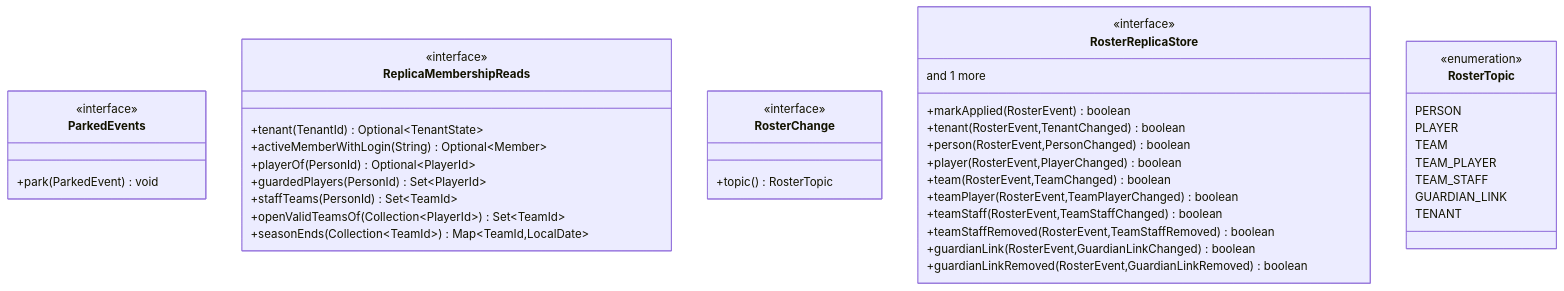
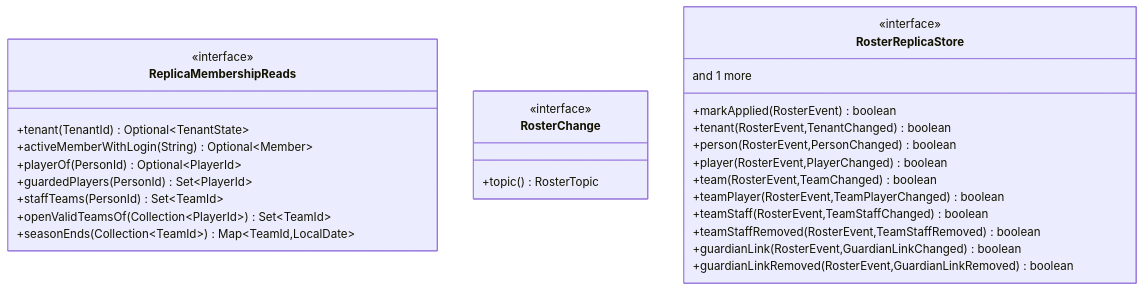
Diagram 13 of 13 in docs/domain/athlete-model.md (davidbejar/hoops-academy), drawn with Mermaid before and after one commit. The commit also changed 7 other files, not shown here.

````diff
--- a/docs/domain/athlete-model.md
+++ b/docs/domain/athlete-model.md
@@ -961,45 +961,31 @@
 ```mermaid
 classDiagram
-    class ParkedEvents {
-        <<interface>>
-        +park(ParkedEvent) void
-    }
     class ReplicaMembershipReads {
         <<interface>>
         +tenant(TenantId) Optional~TenantState~
         +activeMemberWithLogin(String) Optional~Member~
         +playerOf(PersonId) Optional~PlayerId~
         +guardedPlayers(PersonId) Set~PlayerId~
         +staffTeams(PersonId) Set~TeamId~
         +openValidTeamsOf(Collection~PlayerId~) Set~TeamId~
         +seasonEnds(Collection~TeamId~) Map~TeamId,LocalDate~
     }
     class RosterChange {
         <<interface>>
         +topic() RosterTopic
     }
     class RosterReplicaStore {
         <<interface>>
         +markApplied(RosterEvent) boolean
         +tenant(RosterEvent,TenantChanged) boolean
         +person(RosterEvent,PersonChanged) boolean
         +player(RosterEvent,PlayerChanged) boolean
         +team(RosterEvent,TeamChanged) boolean
         +teamPlayer(RosterEvent,TeamPlayerChanged) boolean
         +teamStaff(RosterEvent,TeamStaffChanged) boolean
         +teamStaffRemoved(RosterEvent,TeamStaffRemoved) boolean
         +guardianLink(RosterEvent,GuardianLinkChanged) boolean
         +guardianLinkRemoved(RosterEvent,GuardianLinkRemoved) boolean
         and 1 more
     }
-    class RosterTopic {
-        <<enumeration>>
-        PERSON
-        PLAYER
-        TEAM
-        TEAM_PLAYER
-        TEAM_STAFF
-        GUARDIAN_LINK
-        TENANT
-    }
 ```
````
